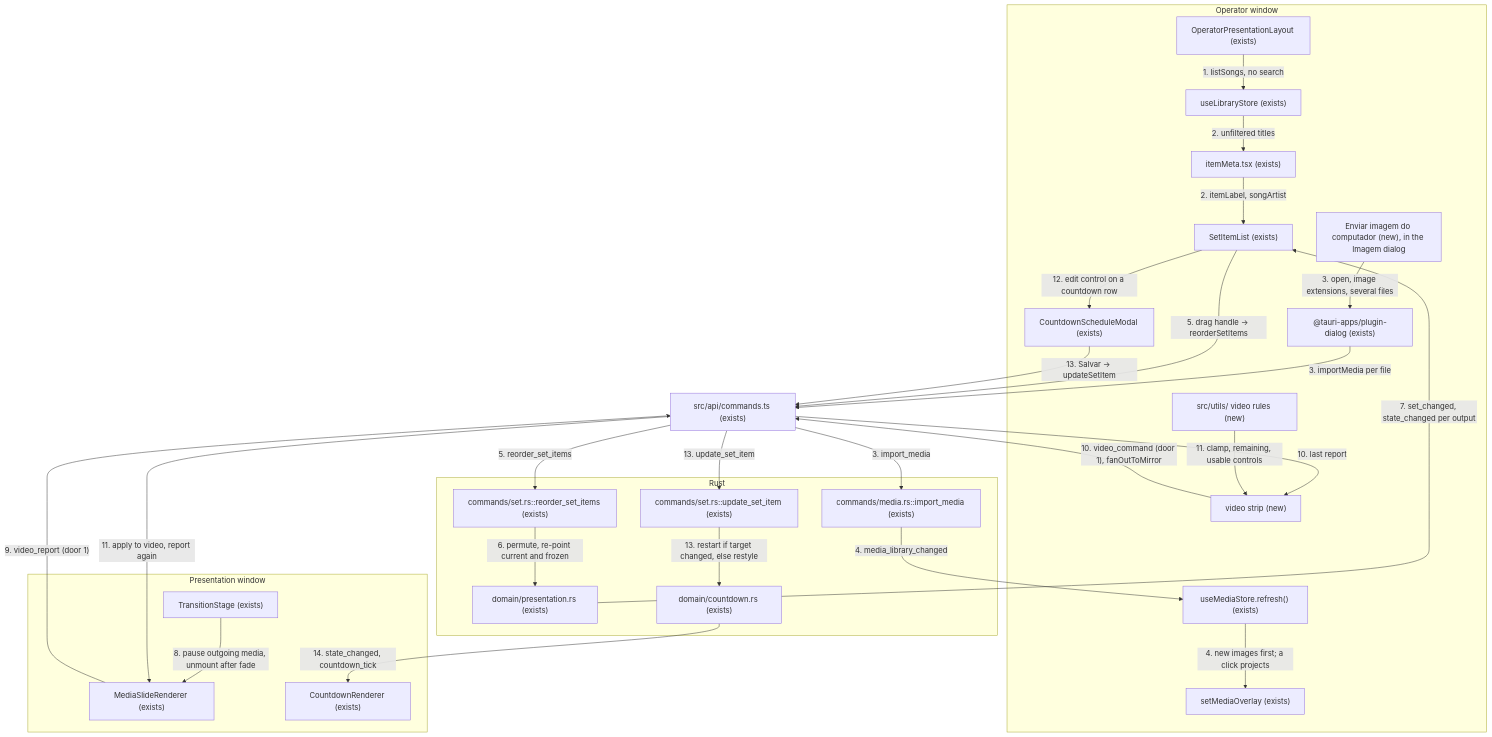
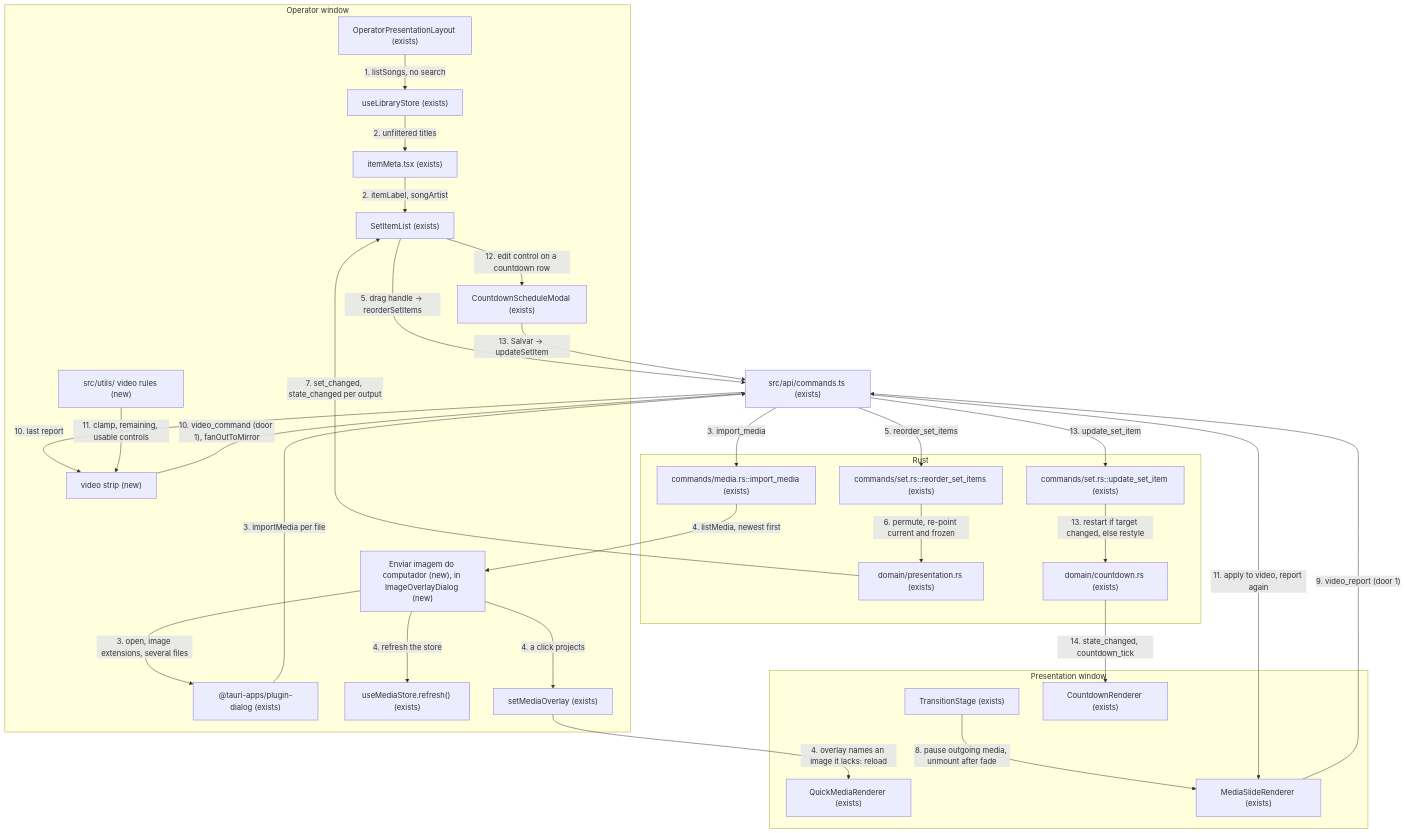
Before and after one commit to Vinnissaum/lyrizzy: the first of 3 diagrams in .specs/features/phase23-presenter-video-countdown-reorder/plan.md, drawn with Mermaid. The commit also changed other lines of this file and 1 other file, not shown here.

Commit message:
docs(specs): record phase23 build boundary and walk

````diff
--- a/.specs/features/phase23-presenter-video-countdown-reorder/plan.md
+++ b/.specs/features/phase23-presenter-video-countdown-reorder/plan.md
@@ -69,52 +69,55 @@
 ```mermaid
 flowchart TD
     subgraph Operator window
         OPL["OperatorPresentationLayout (exists)"]
         LIB["useLibraryStore (exists)"]
         META["itemMeta.tsx (exists)"]
         SIL["SetItemList (exists)"]
-        UP["Enviar imagem do computador (new), in the Imagem dialog"]
+        UP["Enviar imagem do computador (new), in ImageOverlayDialog (new)"]
         DLG["@tauri-apps/plugin-dialog (exists)"]
         MST["useMediaStore.refresh() (exists)"]
         OVL["setMediaOverlay (exists)"]
         VS["video strip (new)"]
         VU["src/utils/ video rules (new)"]
         CSM["CountdownScheduleModal (exists)"]
     end
     API["src/api/commands.ts (exists)"]
     subgraph Rust
         MEDIA["commands/media.rs::import_media (exists)"]
         REORD["commands/set.rs::reorder_set_items (exists)"]
         UPD["commands/set.rs::update_set_item (exists)"]
         DP["domain/presentation.rs (exists)"]
         DC["domain/countdown.rs (exists)"]
     end
     subgraph Presentation window
         TS["TransitionStage (exists)"]
+        QMR["QuickMediaRenderer (exists)"]
         MSR["MediaSlideRenderer (exists)"]
         CR["CountdownRenderer (exists)"]
     end
     OPL -->|"1. listSongs, no search"| LIB
     LIB -->|"2. unfiltered titles"| META
     META -->|"2. itemLabel, songArtist"| SIL
     UP -->|"3. open, image extensions, several files"| DLG
     DLG -->|"3. importMedia per file"| API
     API -->|"3. import_media"| MEDIA
-    MEDIA -->|"4. media_library_changed"| MST
-    MST -->|"4. new images first; a click projects"| OVL
+    MEDIA -->|"4. listMedia, newest first"| UP
+    UP -->|"4. refresh the store"| MST
+    UP -->|"4. a click projects"| OVL
+    OVL -->|"4. overlay names an image it lacks: reload"| QMR
     SIL -->|"5. drag handle -> reorderSetItems"| API
     API -->|"5. reorder_set_items"| REORD
     REORD -->|"6. permute, re-point current and frozen"| DP
     DP -->|"7. set_changed, state_changed per output"| SIL
     TS -->|"8. pause outgoing media, unmount after fade"| MSR
     MSR -->|"9. video_report (door 1)"| API
     API -->|"10. last report"| VS
     VS -->|"10. video_command (door 1), fanOutToMirror"| API
     API -->|"11. apply to video, report again"| MSR
     VU -->|"11. clamp, remaining, usable controls"| VS
     SIL -->|"12. edit control on a countdown row"| CSM
     CSM -->|"13. Salvar -> updateSetItem"| API
     API -->|"13. update_set_item"| UPD
     UPD -->|"13. restart if target changed, else restyle"| DC
     DC -->|"14. state_changed, countdown_tick"| CR
 ```
````
